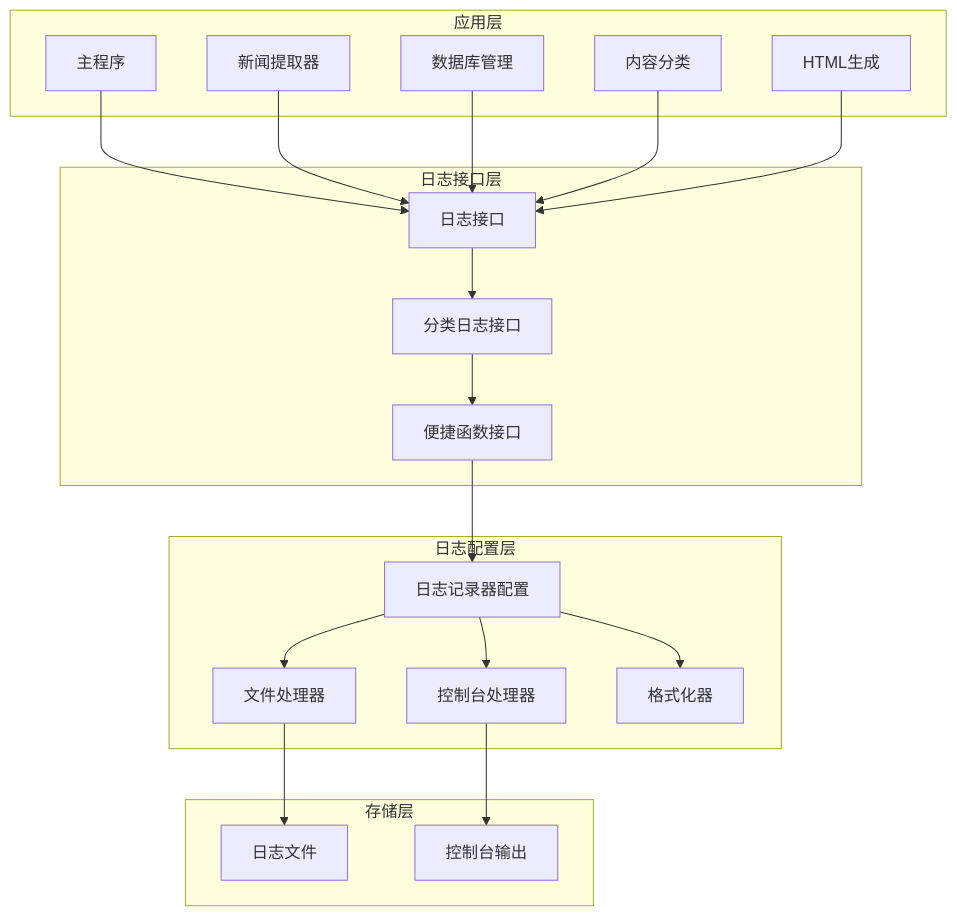
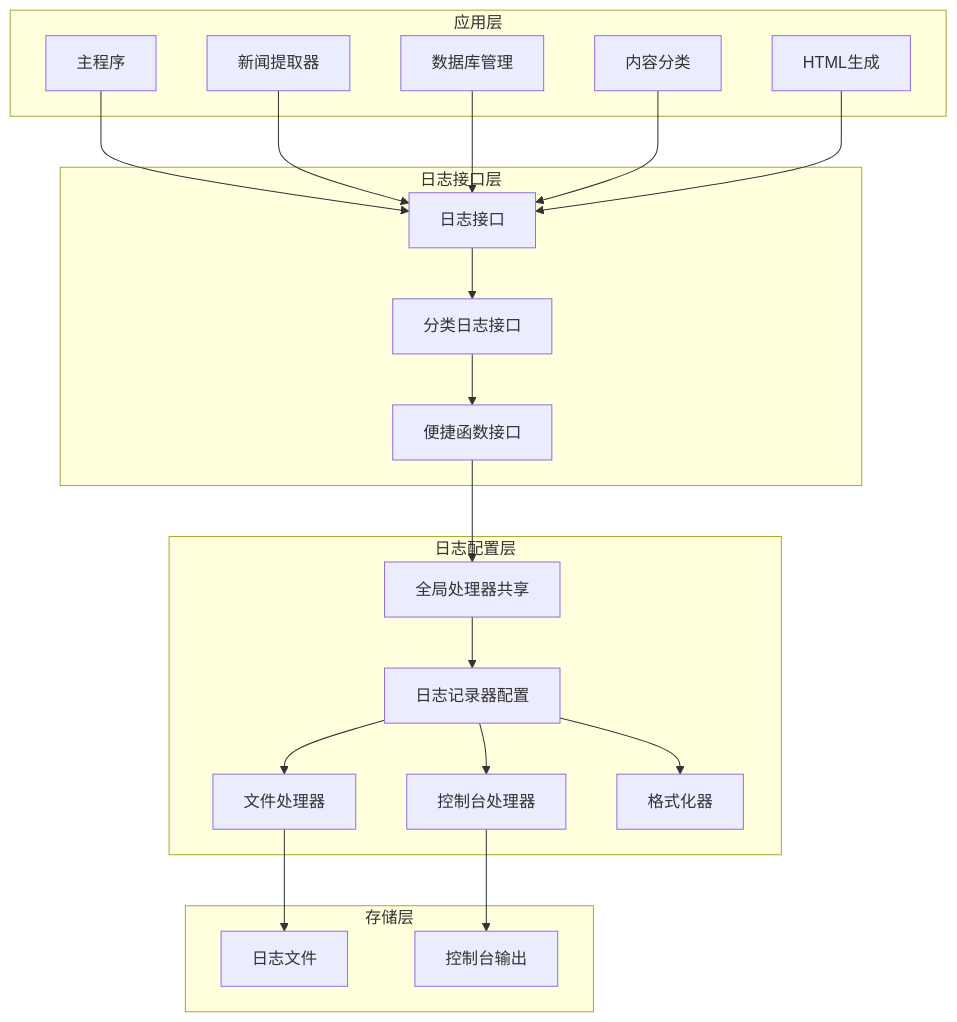
The second of 9 diagrams in .qoder/repowiki/zh/content/核心模块详解/日志系统模块 (logger.py).md (dengwanqian/news-exacter), drawn with Mermaid before and after one commit. The commit also changed other lines of this file and 8 other files, not shown here.

````diff
--- a/.qoder/repowiki/zh/content/核心模块详解/日志系统模块 (logger.py).md
+++ b/.qoder/repowiki/zh/content/核心模块详解/日志系统模块 (logger.py).md
@@ -109,38 +120,40 @@
 ```mermaid
 graph TB
 subgraph "应用层"
 MainApp[主程序]
 ExtractorApp[新闻提取器]
 DBApp[数据库管理]
 ClassifyApp[内容分类]
 HTMLApp[HTML生成]
 end
 subgraph "日志接口层"
 LoggerInterface[日志接口]
 CategoryLogger[分类日志接口]
 HelperFunctions[便捷函数接口]
 end
 subgraph "日志配置层"
 LoggerConfig[日志记录器配置]
+GlobalHandlers[全局处理器共享]
 FileHandler[文件处理器]
 ConsoleHandler[控制台处理器]
 Formatter[格式化器]
 end
 subgraph "存储层"
 LogFiles[日志文件]
 ConsoleOutput[控制台输出]
 end
 MainApp --> LoggerInterface
 ExtractorApp --> LoggerInterface
 DBApp --> LoggerInterface
 ClassifyApp --> LoggerInterface
 HTMLApp --> LoggerInterface
 LoggerInterface --> CategoryLogger
 CategoryLogger --> HelperFunctions
-HelperFunctions --> LoggerConfig
+HelperFunctions --> GlobalHandlers
+GlobalHandlers --> LoggerConfig
 LoggerConfig --> FileHandler
 LoggerConfig --> ConsoleHandler
 LoggerConfig --> Formatter
 FileHandler --> LogFiles
 ConsoleHandler --> ConsoleOutput
 ```
````
